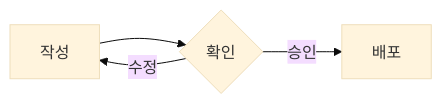
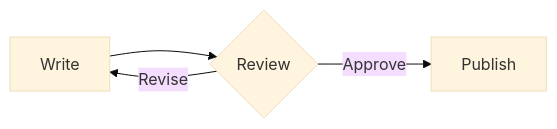
Before and after one commit to minu-ha/for-humanity: the first of 5 diagrams in content/public/diagrams.md, drawn with Mermaid (base theme). The commit also changed other lines of this file and 30 other files, not shown here.

````diff
--- a/content/public/diagrams.md
+++ b/content/public/diagrams.md
@@ -36,6 +36,6 @@
 ```mermaid
 flowchart LR
-    Draft[작성] --> Review{확인}
-    Review -->|수정| Draft
-    Review -->|승인| Publish[배포]
+    Draft[Write] --> Review{Review}
+    Review -->|Revise| Draft
+    Review -->|Approve| Publish[Publish]
 ```
````
